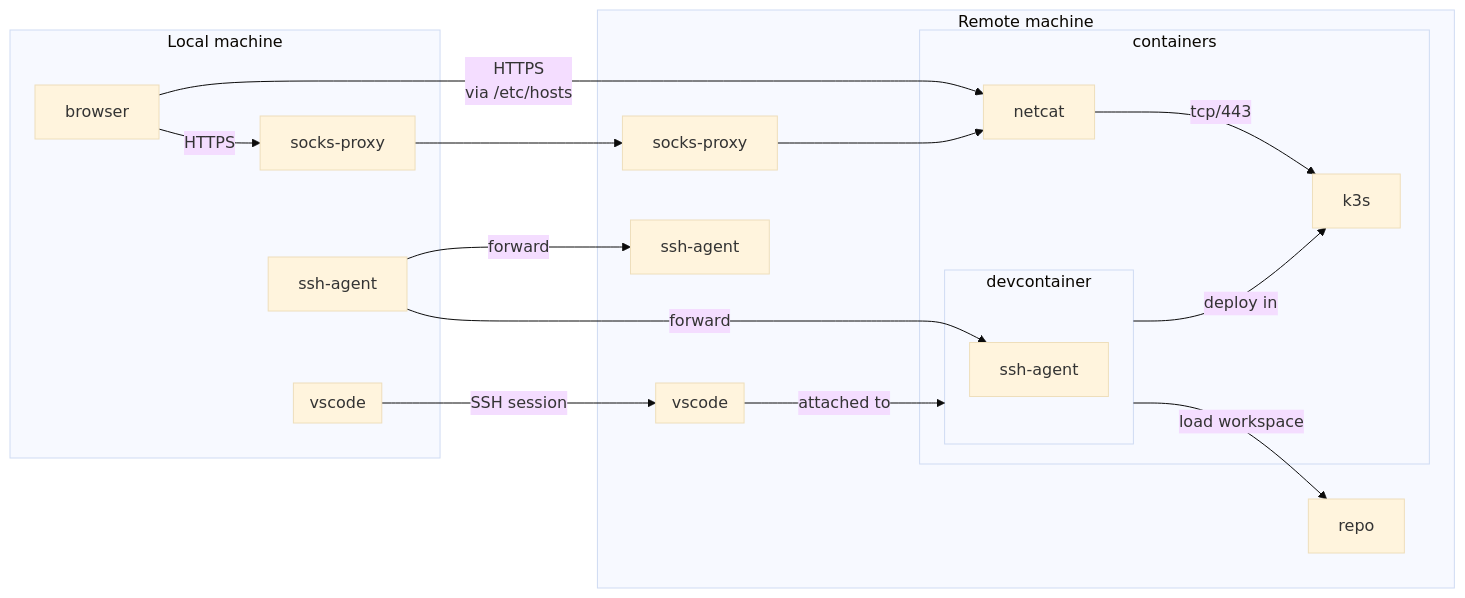
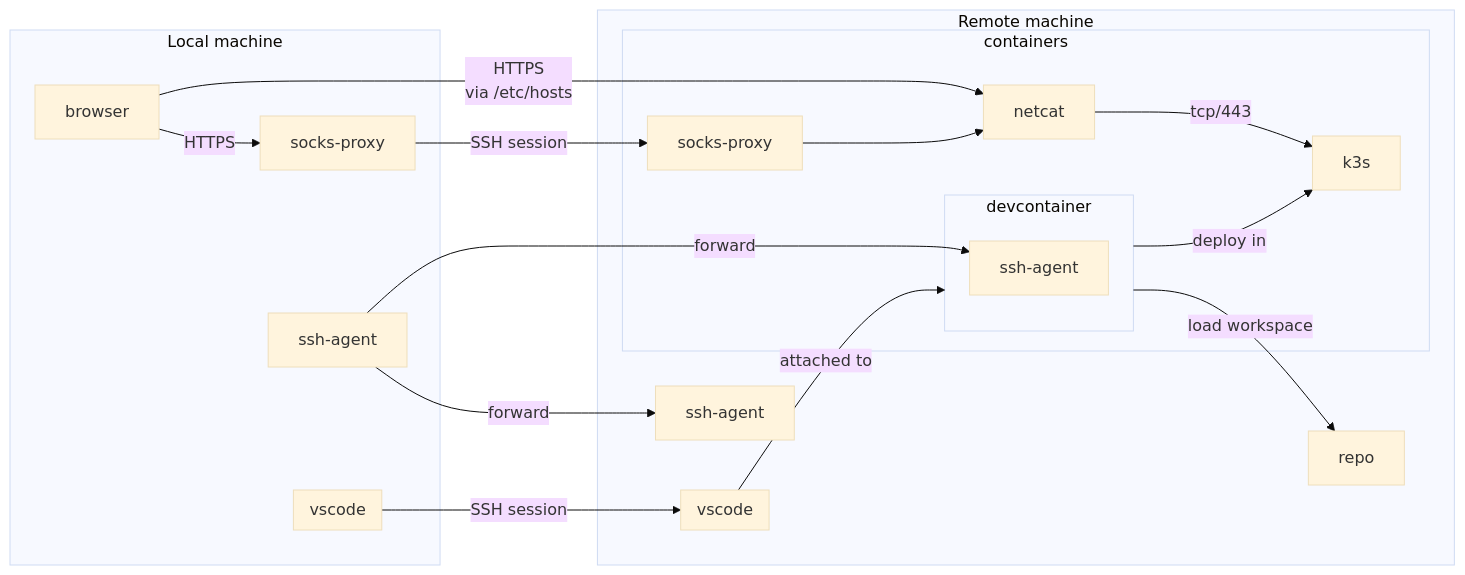
Before and after one commit to tao-ce/tao-ce: the diagram in docs/dev/remote.md, drawn with Mermaid (base theme). The commit also changed 197 other files, not shown here.

````diff
--- a/docs/dev/remote.md
+++ b/docs/dev/remote.md
@@ -6,33 +6,33 @@
 ```mermaid
 flowchart LR
 subgraph local-machine["Local machine"]
 subgraph local-code["vscode"]
 end
 browser
 local-ssh["ssh-agent"]
 local-socks["socks-proxy"]
 end
 subgraph remote-machine["Remote machine"]
 subgraph remote-code["vscode"]
 end
 repo
-socks-proxy
 remote-ssh["ssh-agent"]
 subgraph containers
+socks-proxy
 subgraph devcontainer
 dev-ssh["ssh-agent"]
 end
 netcat -- tcp/443 --> k3s
 
 end
 end
 local-code -- SSH session --> remote-code
 remote-code -- attached to --> devcontainer
 devcontainer -- load workspace --> repo
 devcontainer -- deploy in --> k3s
 browser -- HTTPS
 via /etc/hosts --> netcat
-browser -- HTTPS --> local-socks --> socks-proxy --> netcat
+browser -- HTTPS --> local-socks -- SSH session --> socks-proxy --> netcat
 local-ssh -- forward --> remote-ssh
 local-ssh -- forward --> dev-ssh
 ```
````
